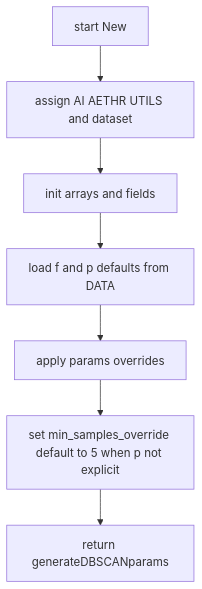
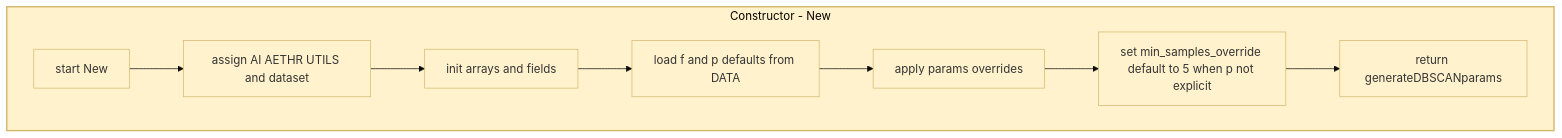
One commit to Gh0st352/AETHR changed the third of 12 diagrams in docs/ai/dbscan.md. Above: the diagram before and after it, drawn with Mermaid. The commit also changed other lines of this file and 2 other files, not shown here.

Commit message:
docs: enhance diagrams in README, data_structures, and dbscan with subgraphs, improved styles, and readability adjustments

````diff
--- a/docs/ai/dbscan.md
+++ b/docs/ai/dbscan.md
@@ -37,9 +64,17 @@
 ```mermaid
+%%{init: {"theme":"base"}}%%
 flowchart TD
-  N0[start New] --> N1[assign AI AETHR UTILS and dataset]
-  N1 --> N2[init arrays and fields]
-  N2 --> N3[load f and p defaults from DATA]
-  N3 --> N4[apply params overrides]
-  N4 --> N5[set min_samples_override default to 5 when p not explicit]
-  N5 --> N6[return generateDBSCANparams]
+  subgraph NEW [Constructor - New]
+    style NEW fill:#fff2cc,stroke:#d4b86f,stroke-width:2px
+    N0[start New]
+    N1[assign AI AETHR UTILS and dataset]
+    N2[init arrays and fields]
+    N3[load f and p defaults from DATA]
+    N4[apply params overrides]
+    N5[set min_samples_override default to 5 when p not explicit]
+    N6[return generateDBSCANparams]
+    N0 --> N1 --> N2 --> N3 --> N4 --> N5 --> N6
+  end
+  classDef ctor fill:#fff2cc,stroke:#d4b86f
+  class N0,N1,N2,N3,N4,N5,N6 ctor
 ```
````
